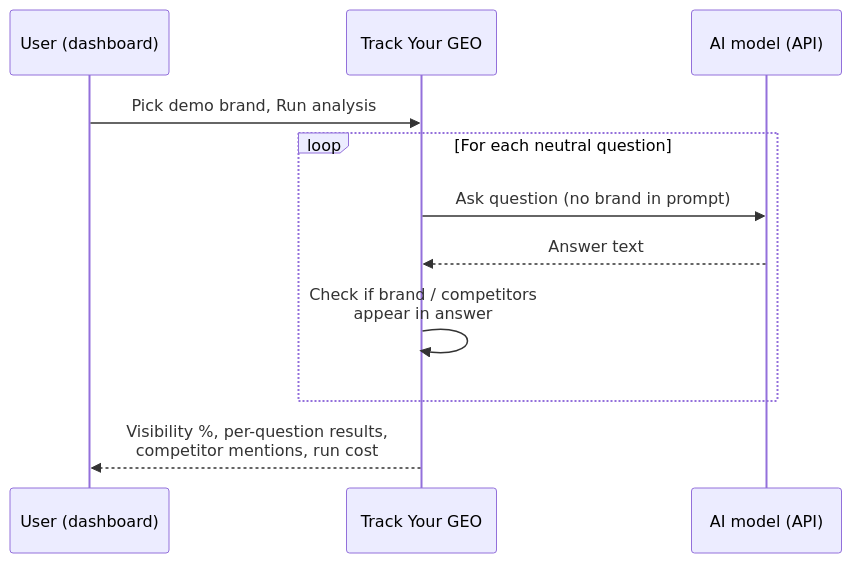
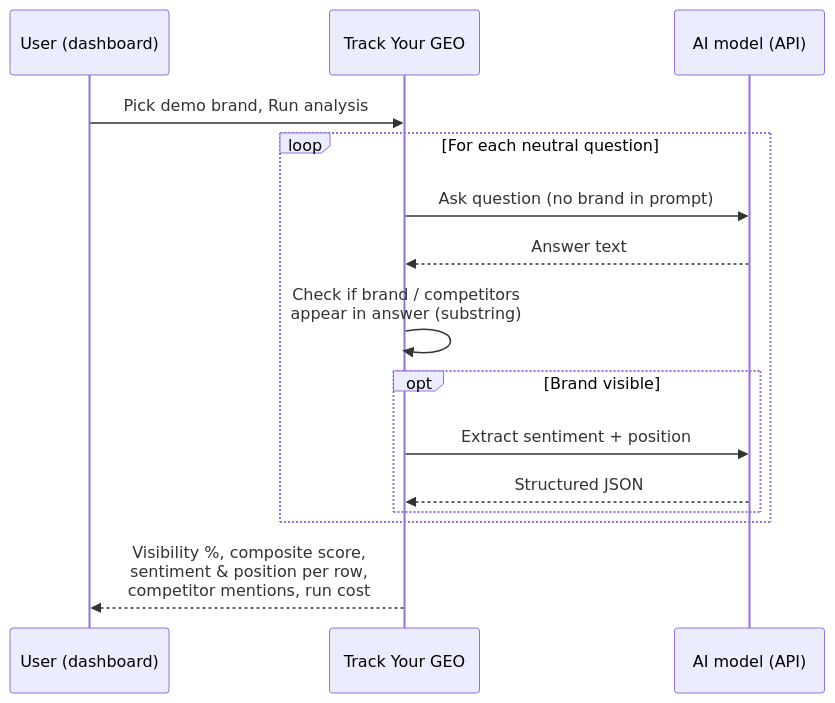
One commit to klebutt/track_your_geo changed the second of 2 diagrams in README.md. Above: the diagram before and after it, drawn with Mermaid. The commit also changed other lines of this file and 6 other files, not shown here.

````diff
--- a/README.md
+++ b/README.md
@@ -52,14 +53,18 @@
 ```mermaid
 sequenceDiagram
   participant User as User (dashboard)
   participant App as Track Your GEO
   participant AI as AI model (API)
 
   User->>App: Pick demo brand, Run analysis
   loop For each neutral question
     App->>AI: Ask question (no brand in prompt)
     AI-->>App: Answer text
-    App->>App: Check if brand / competitors<br/>appear in answer
+    App->>App: Check if brand / competitors<br/>appear in answer (substring)
+    opt Brand visible
+      App->>AI: Extract sentiment + position
+      AI-->>App: Structured JSON
+    end
   end
-  App-->>User: Visibility %, per-question results,<br/>competitor mentions, run cost
+  App-->>User: Visibility %, composite score,<br/>sentiment & position per row,<br/>competitor mentions, run cost
 ```
````
